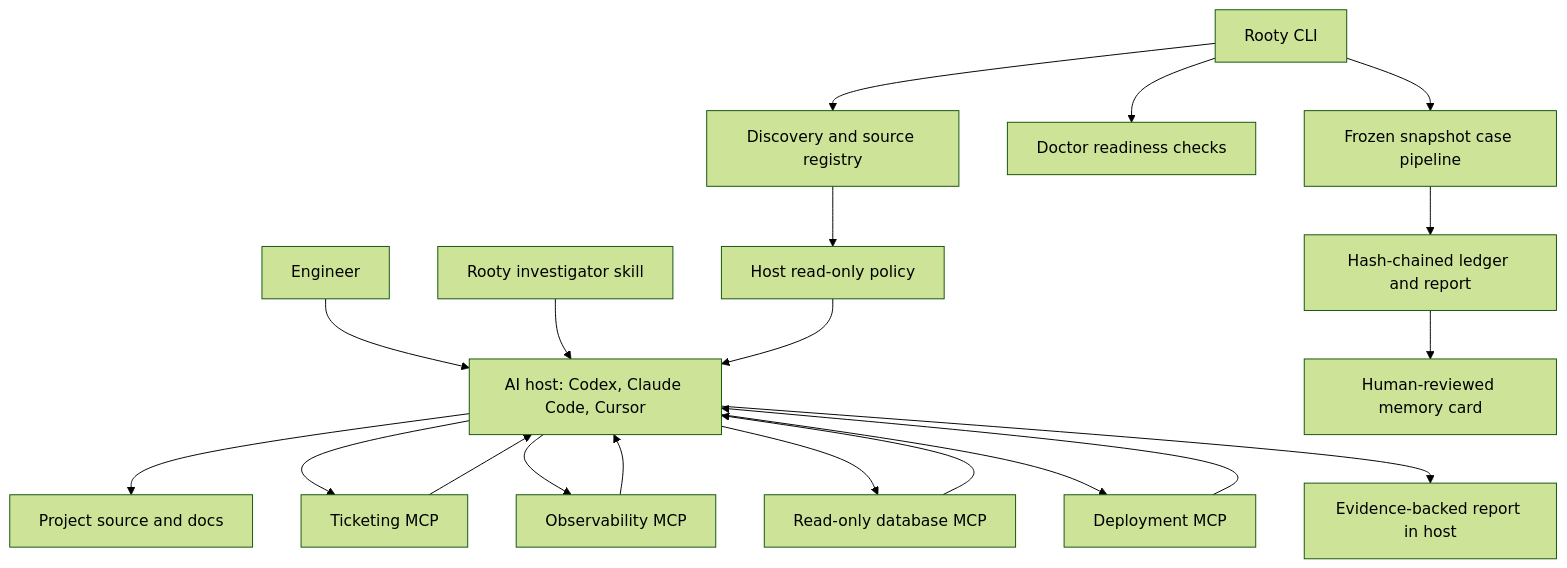
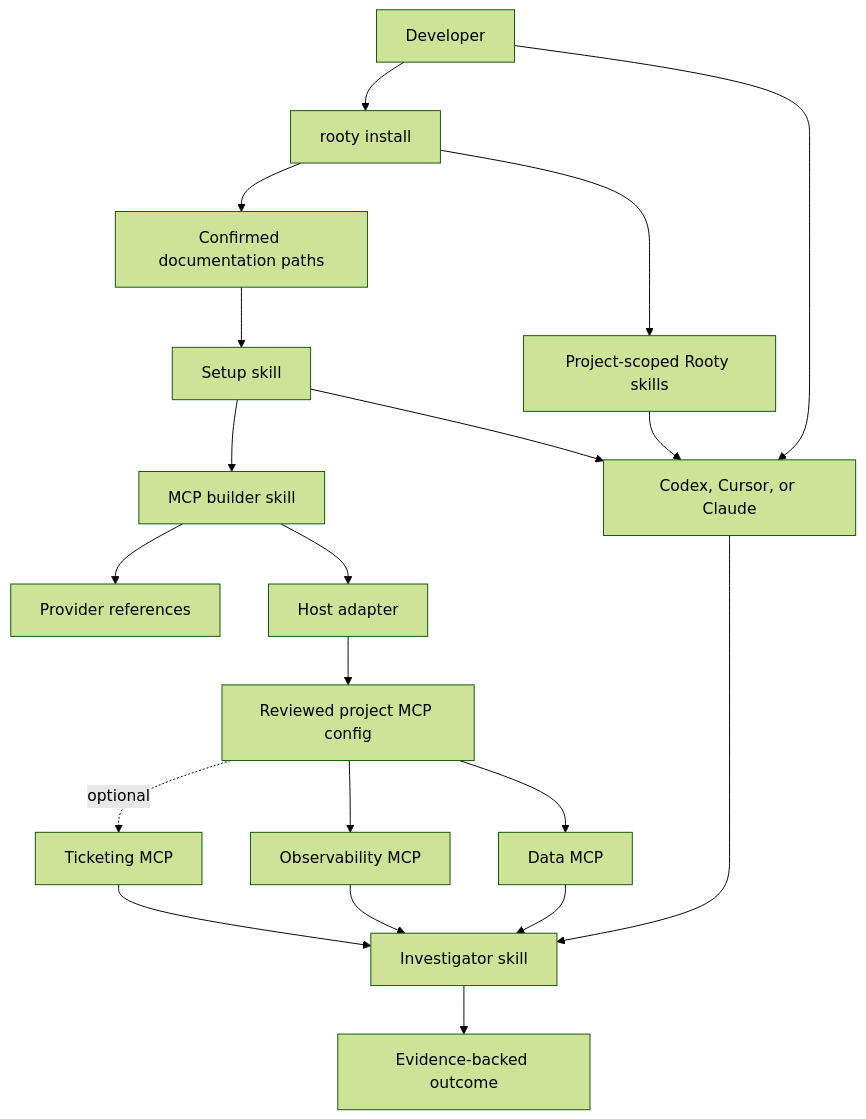
The diagram in docs/architecture.md (MahmoudElderby/Rooty), drawn with Mermaid (forest theme) before and after one commit. The commit also changed other lines of this file and 40 other files, not shown here.

Commit message:
Implement agent-led Rooty setup redesign

````diff
--- a/docs/architecture.md
+++ b/docs/architecture.md
@@ -7,22 +7,22 @@
 ```mermaid
 flowchart TB
-    U["Engineer"] --> H["AI host: Codex, Claude Code, Cursor"]
-    S["Rooty investigator skill"] --> H
-    P["Host read-only policy"] --> H
-    H --> R["Project source and docs"]
-    H --> T["Ticketing MCP"]
-    H --> O["Observability MCP"]
-    H --> D["Read-only database MCP"]
-    H --> X["Deployment MCP"]
-    T --> H
-    O --> H
-    D --> H
-    X --> H
-    H --> Q["Evidence-backed report in host"]
-    C["Rooty CLI"] --> G["Discovery and source registry"]
-    G --> P
-    C --> V["Doctor readiness checks"]
-    C --> F["Frozen snapshot case pipeline"]
-    F --> L["Hash-chained ledger and report"]
-    L --> M["Human-reviewed memory card"]
+    U["Developer"] --> I["rooty install"]
+    I --> K["Project-scoped Rooty skills"]
+    I --> C["Confirmed documentation paths"]
+    U --> H["Codex, Cursor, or Claude"]
+    K --> H
+    C --> S["Setup skill"]
+    S --> H
+    S --> P["MCP builder skill"]
+    P --> R["Provider references"]
+    P --> A["Host adapter"]
+    A --> M["Reviewed project MCP config"]
+    M --> D["Data MCP"]
+    M --> O["Observability MCP"]
+    M -. optional .-> T["Ticketing MCP"]
+    H --> X["Investigator skill"]
+    D --> X
+    O --> X
+    T --> X
+    X --> E["Evidence-backed outcome"]
 ```
````
